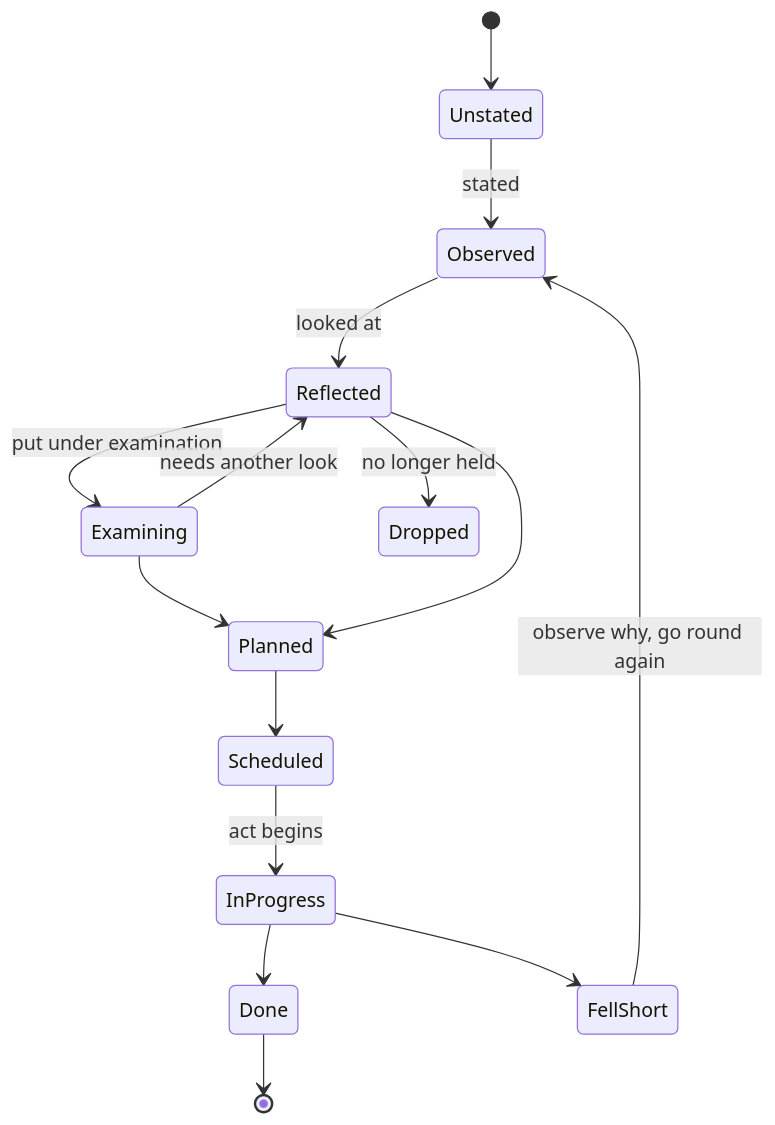
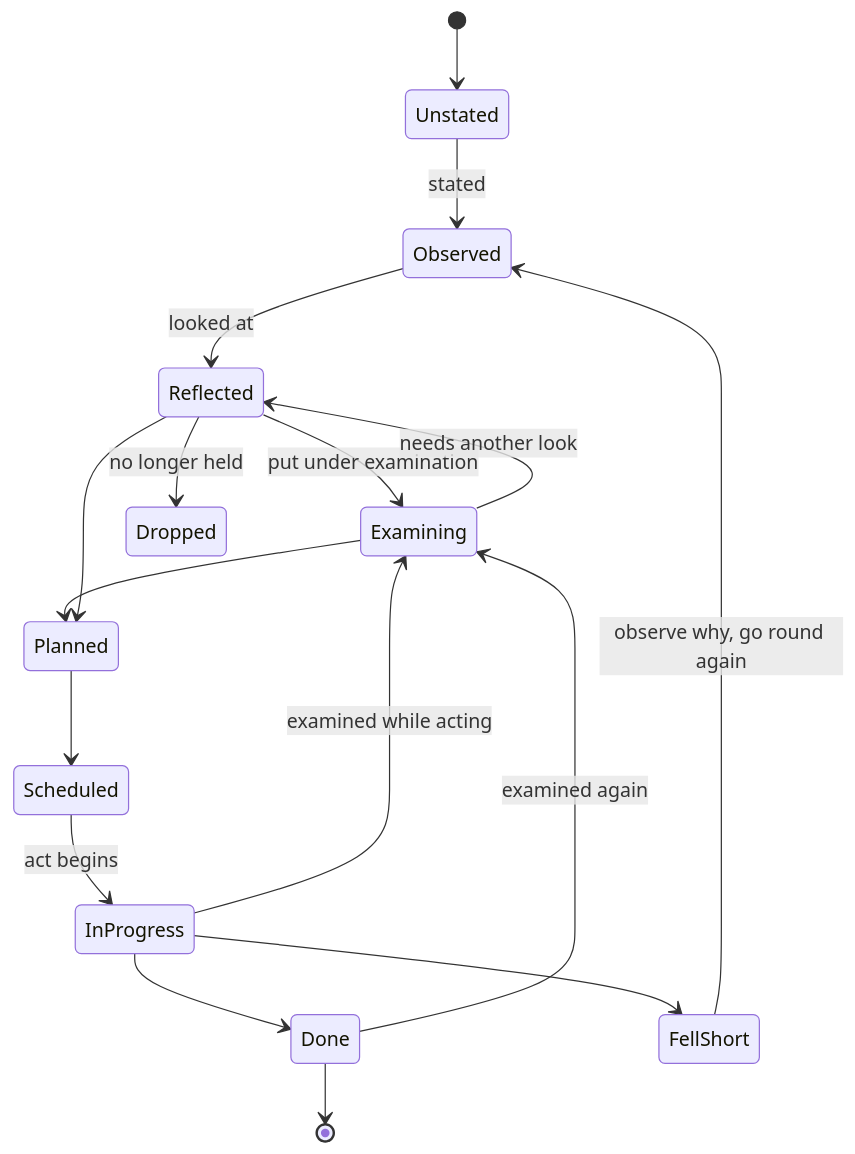
The third of 3 diagrams in docs/design/REFLECT_DOMAIN_2026-11-12.md (tchjhnsn/reflect), drawn with Mermaid before and after one commit. The commit also changed other lines of this file, not shown here.

````diff
--- a/docs/design/REFLECT_DOMAIN_2026-11-12.md
+++ b/docs/design/REFLECT_DOMAIN_2026-11-12.md
@@ -111,17 +111,19 @@
 ```mermaid
 stateDiagram-v2
   [*] --> Unstated
   Unstated --> Observed : stated
   Observed --> Reflected : looked at
   Reflected --> Examining : put under examination
   Reflected --> Dropped : no longer held
   Examining --> Reflected : needs another look
   Examining --> Planned
   Reflected --> Planned
   Planned --> Scheduled
   Scheduled --> InProgress : act begins
   InProgress --> Done
   InProgress --> FellShort
   FellShort --> Observed : observe why, go round again
+  InProgress --> Examining : examined while acting
+  Done --> Examining : examined again
   Done --> [*]
 ```
````
